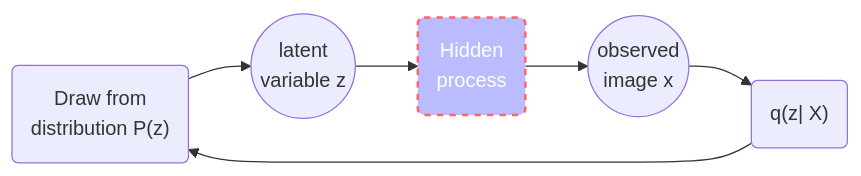
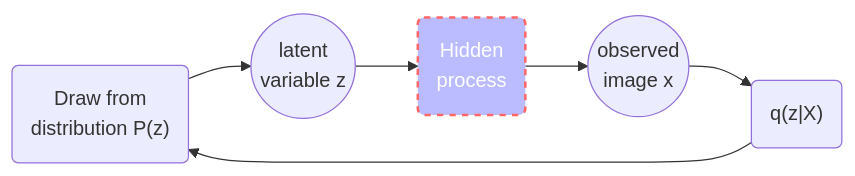
Before and after one commit to ctawong/ctawong_site: the diagram in _posts/2020-4-1-vae.md, drawn with Mermaid. The commit also changed 16 other files, not shown here.

```diff
--- a/_posts/2020-4-1-vae.md
+++ b/_posts/2020-4-1-vae.md
@@ -25,9 +25,9 @@
 {% mermaid %}
 graph LR
   P("Draw from<br>distribution P(z)") --> A
   A(("latent<br>variable z")) --> H(Hidden<br>process )
   H -->X((observed<br>image x))
-  X-->Q("q(z| X)")
+  X-->Q("q(z|X)")
   Q-->P
   style H fill:#bbf,stroke:#f66,stroke-width:2px,color:#fff,stroke-dasharray: 5, 5
 {% endmermaid %}
```
